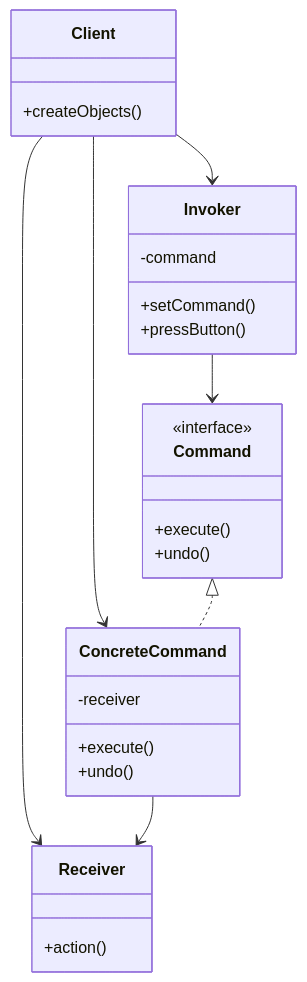
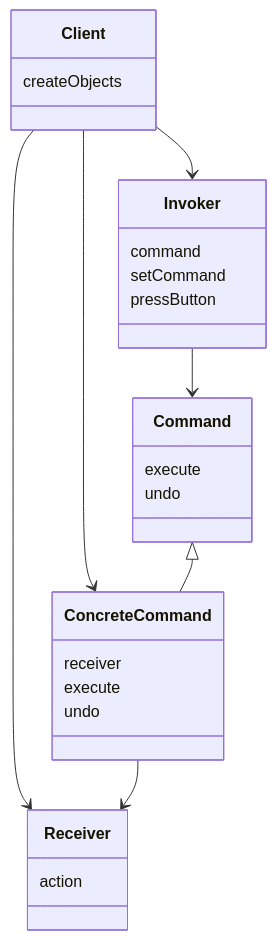
Before and after one commit to gojosatoru123-ux/CacheU: the third of 10 diagrams in src/content/lld-command-design-pattern.md, drawn with Mermaid. The commit also changed other lines of this file and 21 other files, not shown here.

````diff
--- a/src/content/lld-command-design-pattern.md
+++ b/src/content/lld-command-design-pattern.md
@@ -112,35 +112,34 @@
 ```mermaid
 classDiagram
-    class Client {
-        +createObjects()
-    }
+class Client {
+    createObjects
+}
 
-    class Invoker {
-        -command
-        +setCommand()
-        +pressButton()
-    }
+class Invoker {
+    command
+    setCommand
+    pressButton
+}
 
-    class Command {
-        <<interface>>
-        +execute()
-        +undo()
-    }
+class Command {
+    execute
+    undo
+}
 
-    class ConcreteCommand {
-        -receiver
-        +execute()
-        +undo()
-    }
+class ConcreteCommand {
+    receiver
+    execute
+    undo
+}
 
-    class Receiver {
-        +action()
-    }
+class Receiver {
+    action
+}
 
-    Client --> Invoker
-    Client --> Receiver
-    Client --> ConcreteCommand
-    Invoker --> Command
-    ConcreteCommand --> Receiver
-    Command <|.. ConcreteCommand
+Client --> Invoker
+Client --> Receiver
+Client --> ConcreteCommand
+Invoker --> Command
+ConcreteCommand --> Receiver
+Command <|-- ConcreteCommand
 ```
````
